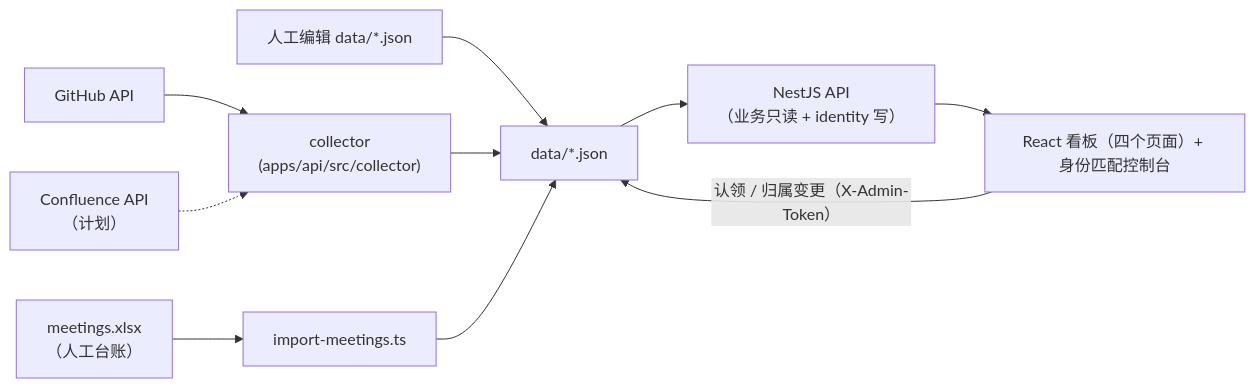
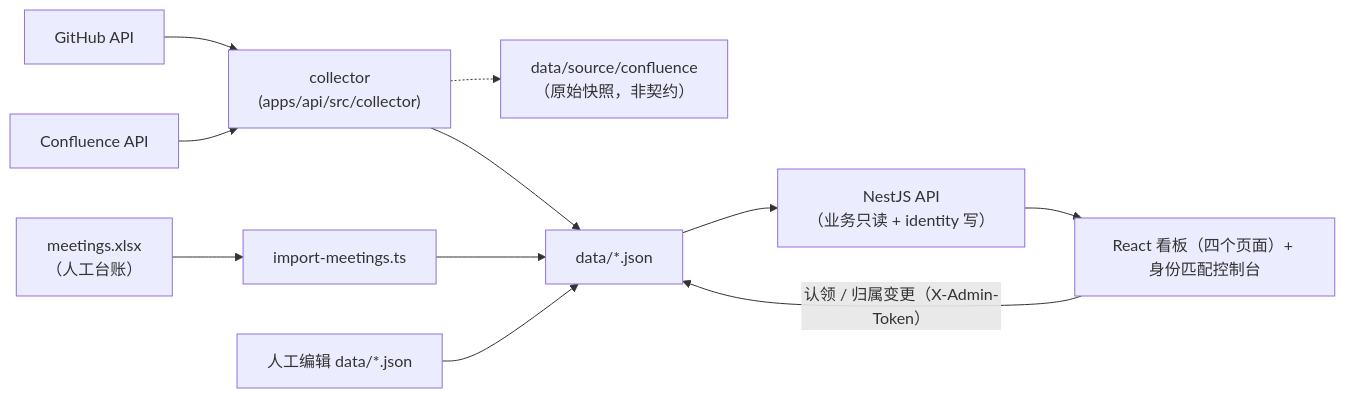
Before and after one commit to huang2001junjie-rgb/openan-operation-insights: the diagram in docs/08-data-catalog.md, drawn with Mermaid. The commit also changed other lines of this file and 88 other files, not shown here.

Commit message:
refactor: pull confluence data and refactor data model

````diff
--- a/docs/08-data-catalog.md
+++ b/docs/08-data-catalog.md
@@ -15,12 +15,13 @@
 ```mermaid
 flowchart LR
   GH["GitHub API"] --> C["collector<br/>(apps/api/src/collector)"]
-  CF["Confluence API<br/>（计划）"] -.-> C
+  CF["Confluence API"] --> C
+  C -.-> SN["data/source/confluence<br/>（原始快照，非契约）"]
   XL["meetings.xlsx<br/>（人工台账）"] --> MS["import-meetings.ts"]
   MAN["人工编辑 data/*.json"] --> D
   C --> D["data/*.json"]
   MS --> D
   D --> API["NestJS API<br/>（业务只读 + identity 写）"]
   API --> WEB["React 看板（四个页面）+ 身份匹配控制台"]
   WEB -->|"认领 / 归属变更（X-Admin-Token）"| D
 ```
````
